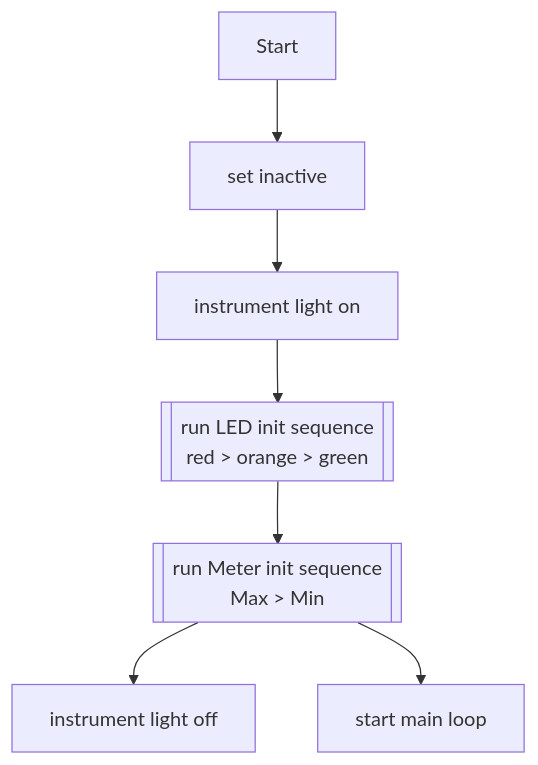
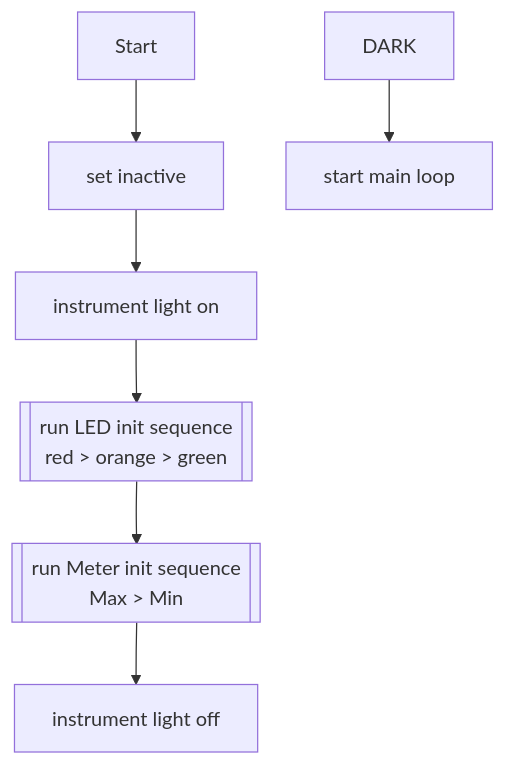
One commit to loco-can/loco-can-software changed the diagram in Loco_can_controller/FUNCTION.md. Above: the diagram before and after it, drawn with Mermaid.

````diff
--- a/Loco_can_controller/FUNCTION.md
+++ b/Loco_can_controller/FUNCTION.md
@@ -2,10 +2,10 @@
 ```mermaid
 graph TD;
   Start --> Init[set inactive];
   Init --> Instr[instrument light on];
   Instr --> LED[["run LED init sequence\nred > orange > green"]];
-  LED --> Meter[["run Meter init sequence\nMax > Min"]];
-  Meter --> Dark[instrument light off];
-  Meter --> End[start main loop];
+  LED --> METER[["run Meter init sequence\nMax > Min"]];
+  METER --> dark[instrument light off];
+  DARK --> INITEND[start main loop];
 
 ```
````
